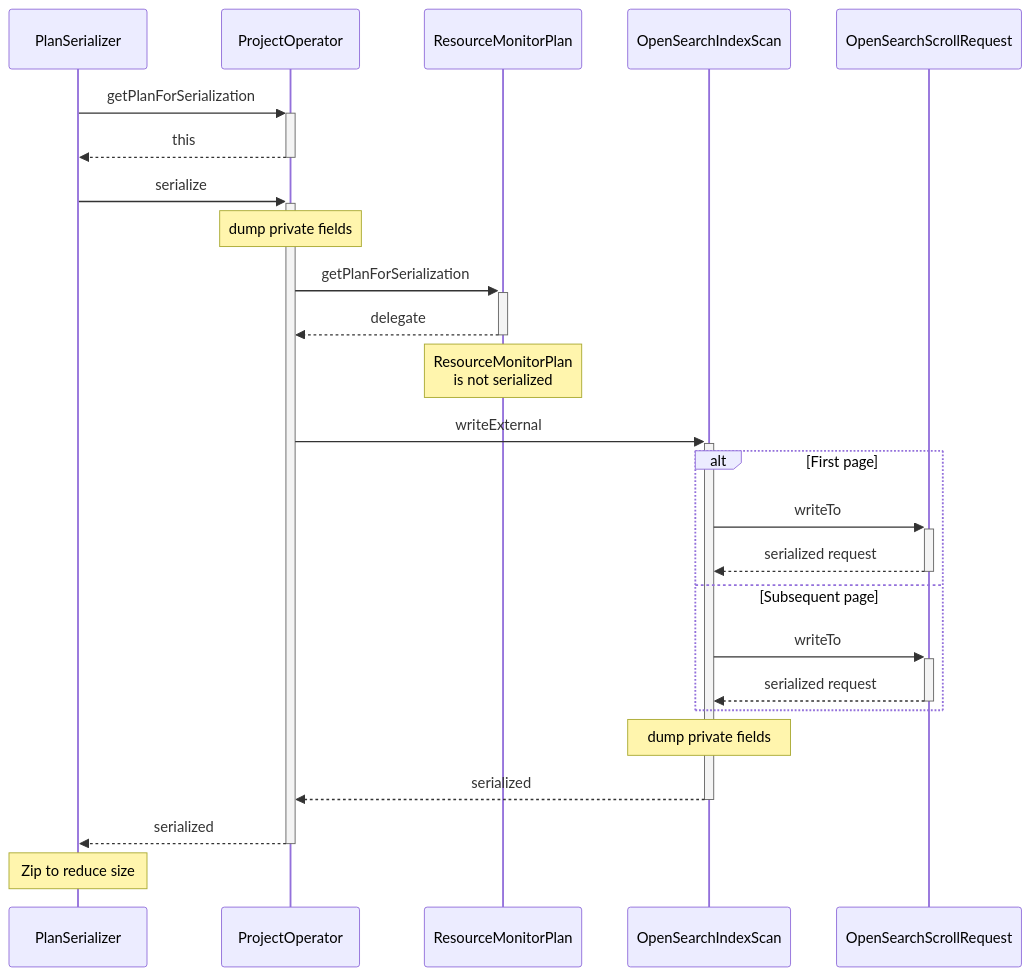
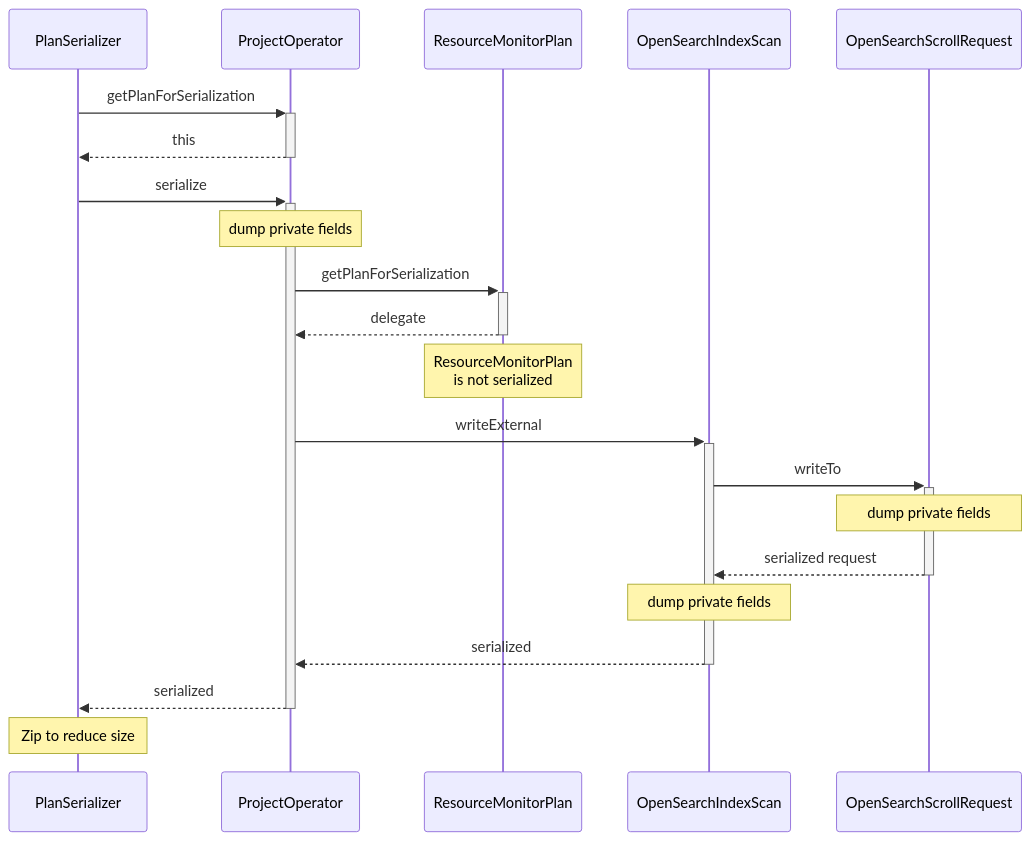
Before and after one commit to opensearch-project/sql: diagram 16 of 20 in docs/dev/Pagination-v2.md, drawn with Mermaid. The commit also changed other lines of this file and 34 other files, not shown here.

````diff
--- a/docs/dev/Pagination-v2.md
+++ b/docs/dev/Pagination-v2.md
@@ -599,28 +605,24 @@
 ```mermaid
 sequenceDiagram
     participant PlanSerializer
     participant ProjectOperator
     participant ResourceMonitorPlan
     participant OpenSearchIndexScan
     participant OpenSearchScrollRequest
 
 PlanSerializer ->>+ ProjectOperator : getPlanForSerialization
   ProjectOperator -->>- PlanSerializer : this
 PlanSerializer ->>+ ProjectOperator : serialize
   Note over ProjectOperator : dump private fields
   ProjectOperator ->>+ ResourceMonitorPlan : getPlanForSerialization
     ResourceMonitorPlan -->>- ProjectOperator : delegate
   Note over ResourceMonitorPlan : ResourceMonitorPlan<br />is not serialized
   ProjectOperator ->>+ OpenSearchIndexScan : writeExternal
-    alt First page
-      OpenSearchIndexScan ->>+ OpenSearchScrollRequest : writeTo
-        OpenSearchScrollRequest -->>- OpenSearchIndexScan : serialized request
-    else Subsequent page
-      OpenSearchIndexScan ->>+ OpenSearchScrollRequest : writeTo
-        OpenSearchScrollRequest -->>- OpenSearchIndexScan : serialized request
-    end
+    OpenSearchIndexScan ->>+ OpenSearchScrollRequest : writeTo
+      Note over OpenSearchScrollRequest : dump private fields
+      OpenSearchScrollRequest -->>- OpenSearchIndexScan : serialized request
     Note over OpenSearchIndexScan : dump private fields
     OpenSearchIndexScan -->>- ProjectOperator : serialized
   ProjectOperator -->>- PlanSerializer : serialized
 Note over PlanSerializer : Zip to reduce size
 ```
````
